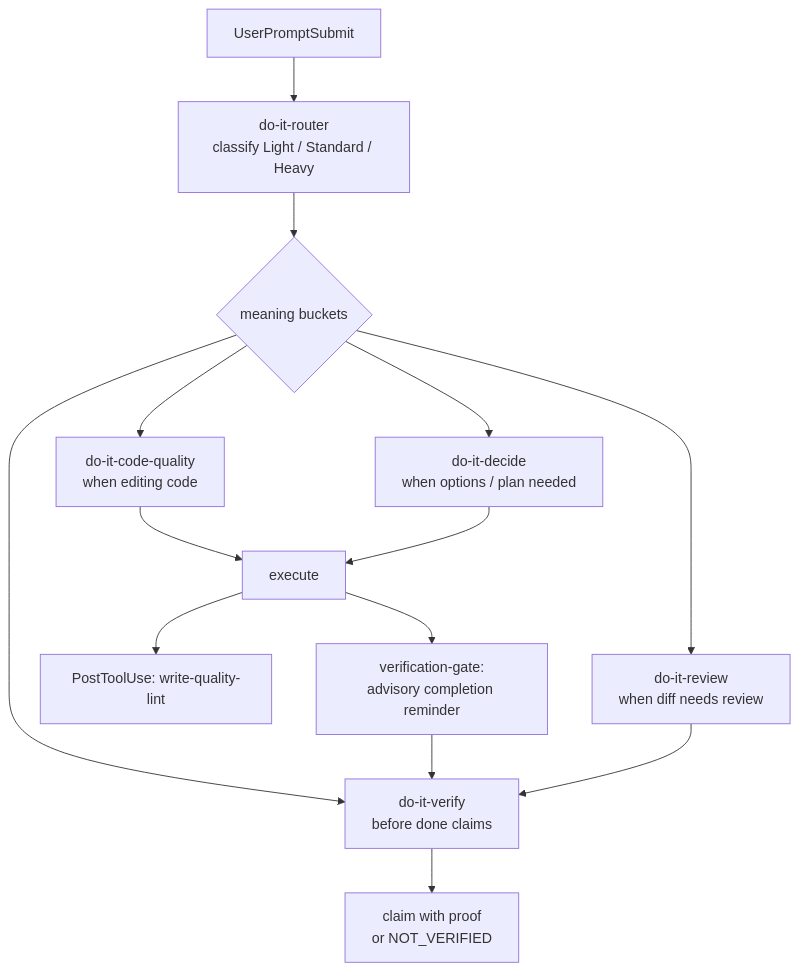
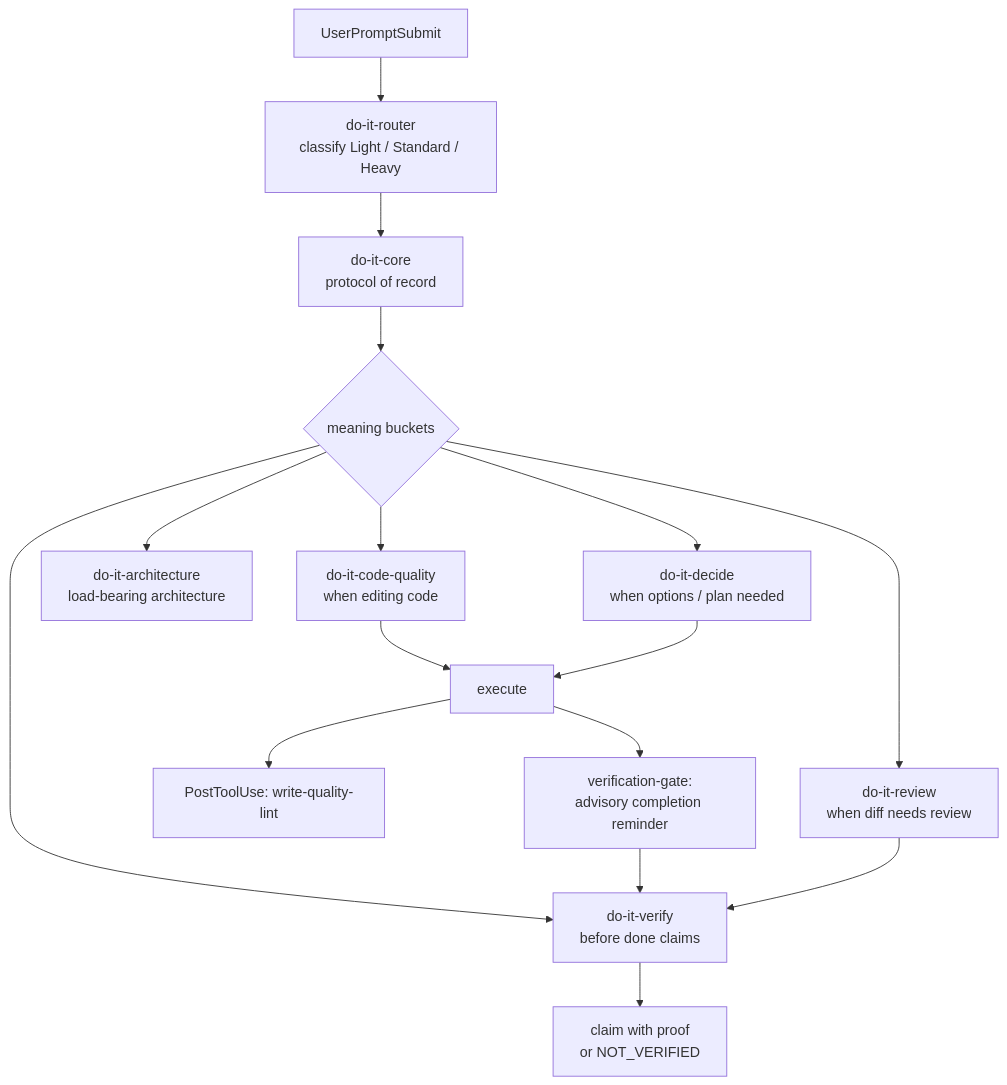
One commit to tdwhere123/do-it changed the diagram in README.md. Above: the diagram before and after it, drawn with Mermaid. The commit also changed other lines of this file and 151 other files, not shown here.

First line of the commit message:
feat: single-voice core protocol + model-adaptive hook emission

````diff
--- a/README.md
+++ b/README.md
@@ -144,16 +150,18 @@
 ```mermaid
 flowchart TD
     P[UserPromptSubmit] --> R[do-it-router<br/>classify Light / Standard / Heavy]
-    R --> B{meaning buckets}
+    R --> C[do-it-core<br/>protocol of record]
+    C --> B{meaning buckets}
     B --> CQ[do-it-code-quality<br/>when editing code]
+    B --> A[do-it-architecture<br/>load-bearing architecture]
     B --> D[do-it-decide<br/>when options / plan needed]
     B --> RV[do-it-review<br/>when diff needs review]
     B --> VY[do-it-verify<br/>before done claims]
     CQ --> E[execute]
     D --> E
     E --> WQ[PostToolUse: write-quality-lint]
     E --> VG[verification-gate:<br/>advisory completion reminder]
     VG --> VY
     RV --> VY
     VY --> Done[claim with proof<br/>or NOT_VERIFIED]
 ```
````
